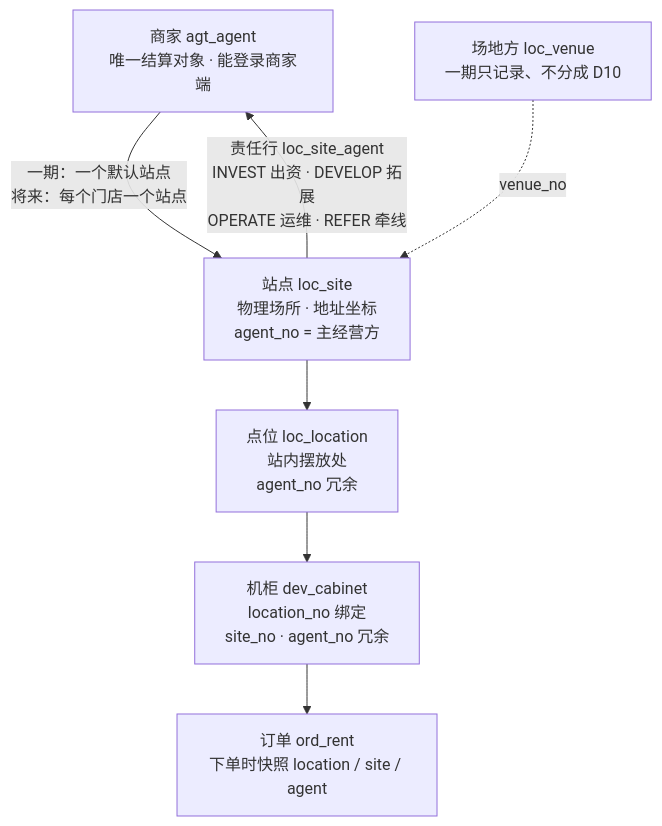
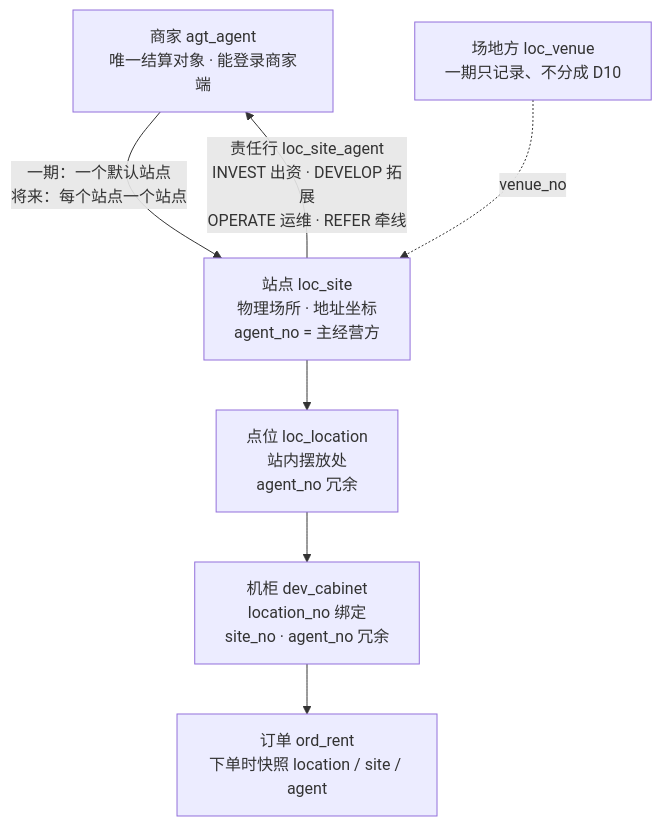
One commit to robinwu2021-code/sharehub changed the first of 2 diagrams in docs/technical/设备绑定与商家归属-现状分析.md. Above: the diagram before and after it, drawn with Mermaid. The commit also changed other lines of this file and 2 other files, not shown here.

````diff
--- a/docs/technical/设备绑定与商家归属-现状分析.md
+++ b/docs/technical/设备绑定与商家归属-现状分析.md
@@ -23,9 +23,9 @@
 ```mermaid
 flowchart TB
-  A[商家 agt_agent<br/>唯一结算对象 · 能登录商家端] -->|一期：一个默认站点<br/>将来：每个门店一个站点| S[站点 loc_site<br/>物理场所 · 地址坐标<br/>agent_no = 主经营方]
+  A[商家 agt_agent<br/>唯一结算对象 · 能登录商家端] -->|一期：一个默认站点<br/>将来：每个站点一个站点| S[站点 loc_site<br/>物理场所 · 地址坐标<br/>agent_no = 主经营方]
   V[场地方 loc_venue<br/>一期只记录、不分成 D10] -.->|venue_no| S
   S -->|责任行 loc_site_agent<br/>INVEST 出资 · DEVELOP 拓展<br/>OPERATE 运维 · REFER 牵线| A
   S --> L[点位 loc_location<br/>站内摆放处<br/>agent_no 冗余]
   L --> C[机柜 dev_cabinet<br/>location_no 绑定<br/>site_no · agent_no 冗余]
   C --> O[订单 ord_rent<br/>下单时快照 location / site / agent]
 ```
````
